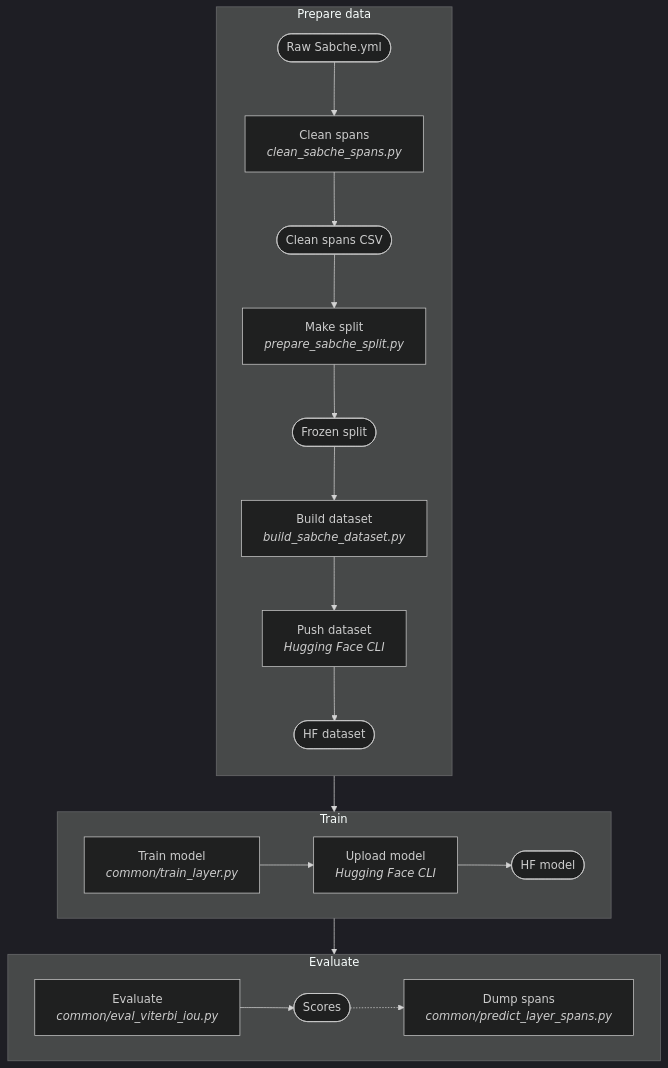
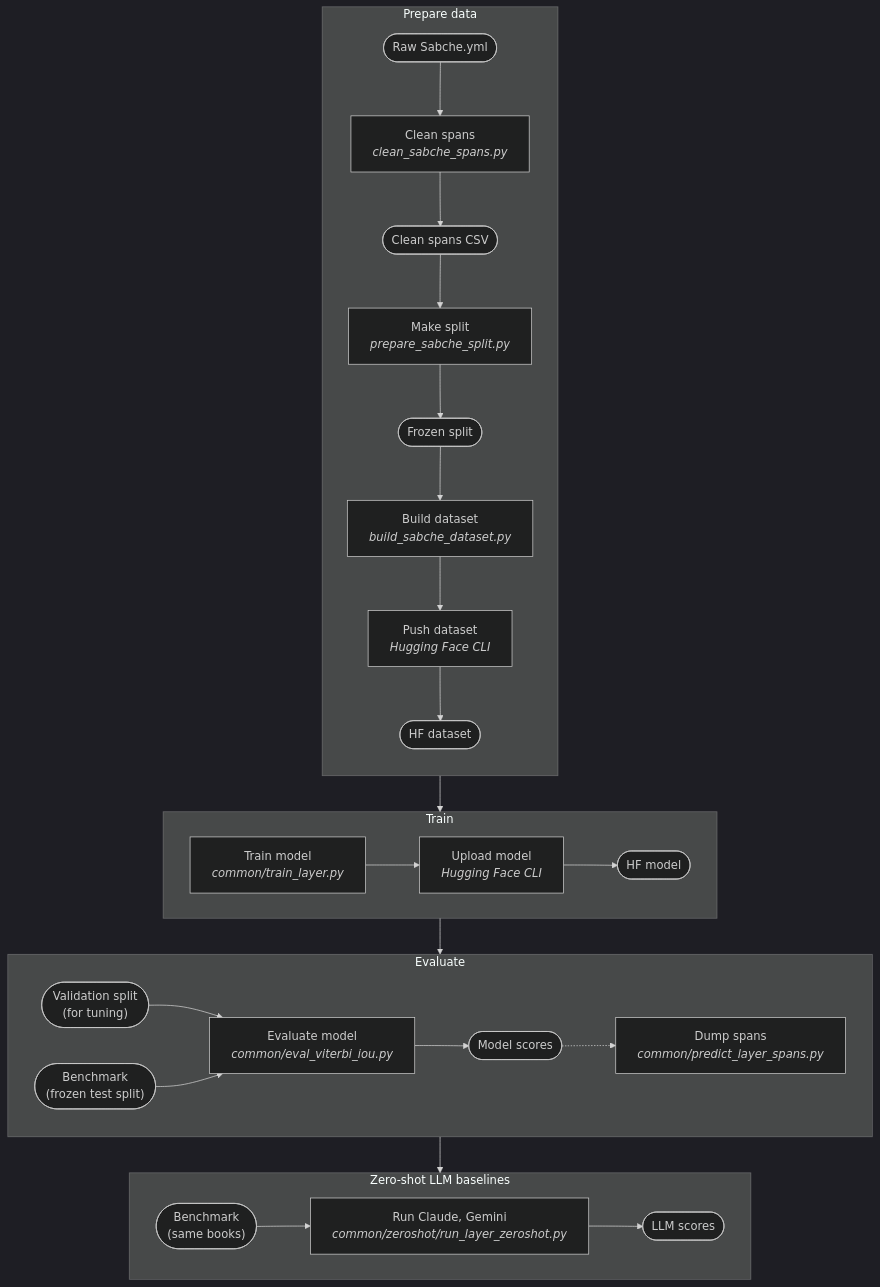
The diagram in sabche/docs/pipeline.mmd (tenzinyonten/tibetan-layer-detection), drawn with Mermaid (dark theme) before and after one commit. The commit also changed 14 other files, not shown here.

Commit message:
Charts: benchmark, validation and LLM-baseline boxes for Sabche, Quotation, Title/author, Tsawa, Yigchung

```diff
--- a/sabche/docs/pipeline.mmd
+++ b/sabche/docs/pipeline.mmd
@@ -1,24 +1,32 @@
 %%{init: {"flowchart": {"htmlLabels": false}}}%%
 flowchart TD
   subgraph PREP["Prepare data"]
     direction TB
     F1(["Raw Sabche.yml"]) --> S1["Clean spans<br/><i>clean_sabche_spans.py</i>"]
     S1 --> F2(["Clean spans CSV"])
     F2 --> S2["Make split<br/><i>prepare_sabche_split.py</i>"]
     S2 --> F3(["Frozen split"])
     F3 --> S3["Build dataset<br/><i>build_sabche_dataset.py</i>"]
     S3 --> S4["Push dataset<br/><i>Hugging Face CLI</i>"]
     S4 --> F4(["HF dataset"])
   end
   subgraph TRAIN["Train"]
     direction LR
     S5["Train model<br/><i>common/train_layer.py</i>"] --> S6["Upload model<br/><i>Hugging Face CLI</i>"]
     S6 --> F5(["HF model"])
   end
   subgraph EVAL["Evaluate"]
     direction LR
-    S7["Evaluate<br/><i>common/eval_viterbi_iou.py</i>"] --> F6(["Scores"])
+    V(["Validation split<br/>(for tuning)"]) --> S7["Evaluate model<br/><i>common/eval_viterbi_iou.py</i>"]
+    B(["Benchmark<br/>(frozen test split)"]) --> S7["Evaluate model<br/><i>common/eval_viterbi_iou.py</i>"]
+    S7 --> F6(["Model scores"])
     F6 -.-> S8["Dump spans<br/><i>common/predict_layer_spans.py</i>"]
+  end
+  subgraph BASE["Zero-shot LLM baselines"]
+    direction LR
+    B2(["Benchmark<br/>(same books)"]) --> Z1["Run Claude, Gemini<br/><i>common/zeroshot/run_layer_zeroshot.py</i>"]
+    Z1 --> Z2(["LLM scores"])
   end
   PREP --> TRAIN
   TRAIN --> EVAL
+  EVAL --> BASE
```
